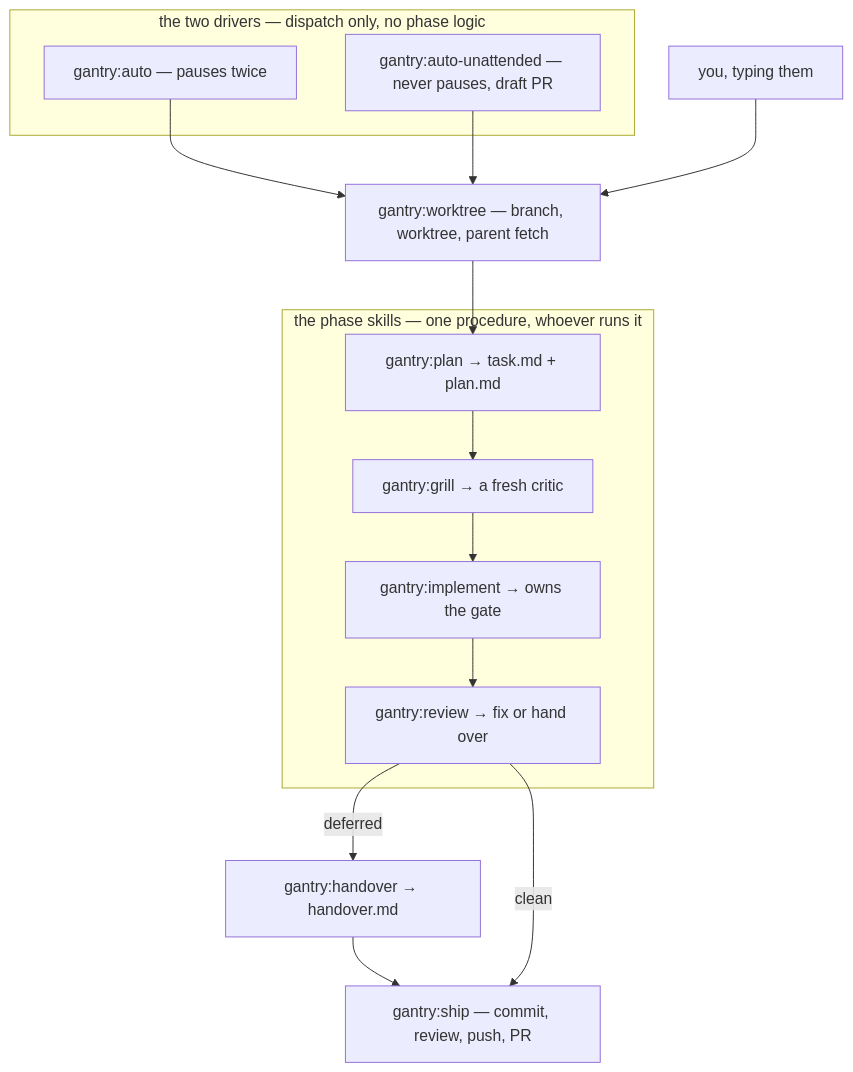
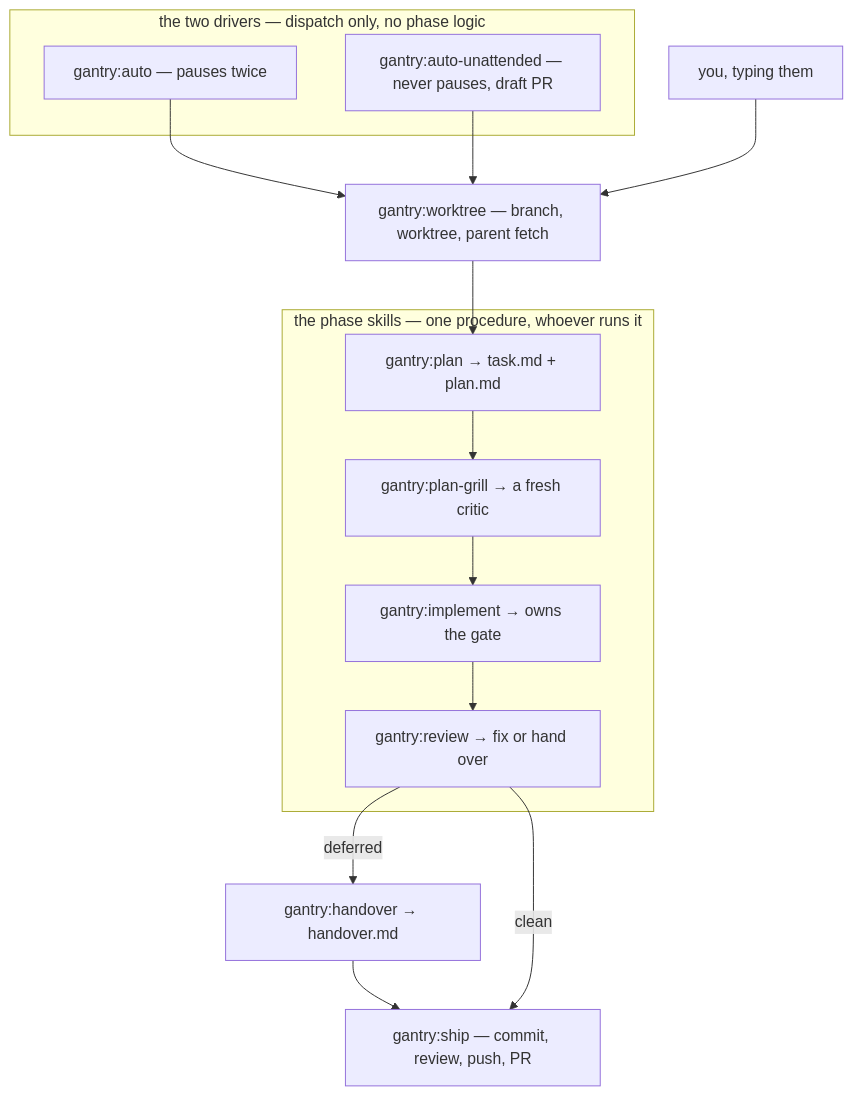
One commit to kostya-epifanov/claude-gantry changed the first of 2 diagrams in docs/ARCHITECTURE.md. Above: the diagram before and after it, drawn with Mermaid. The commit also changed other lines of this file and 16 other files, not shown here.

First line of the commit message:
refactor: rename /gantry:grill to /gantry:plan-grill

````diff
--- a/docs/ARCHITECTURE.md
+++ b/docs/ARCHITECTURE.md
@@ -59,20 +59,20 @@
 ```mermaid
 flowchart TB
   subgraph drivers ["the two drivers — dispatch only, no phase logic"]
     A["gantry:auto — pauses twice"]
     U["gantry:auto-unattended — never pauses, draft PR"]
   end
   subgraph chain ["the phase skills — one procedure, whoever runs it"]
-    P["gantry:plan → task.md + plan.md"] --> GR["gantry:grill → a fresh critic"]
+    P["gantry:plan → task.md + plan.md"] --> GR["gantry:plan-grill → a fresh critic"]
     GR --> I["gantry:implement → owns the gate"]
     I --> RV["gantry:review → fix or hand over"]
   end
   W["gantry:worktree — branch, worktree, parent fetch"] --> P
   H["gantry:handover → handover.md"]
   S["gantry:ship — commit, review, push, PR"]
   A --> W
   U --> W
   You["you, typing them"] --> W
   RV -- "deferred" --> H --> S
   RV -- "clean" --> S
 ```
````
